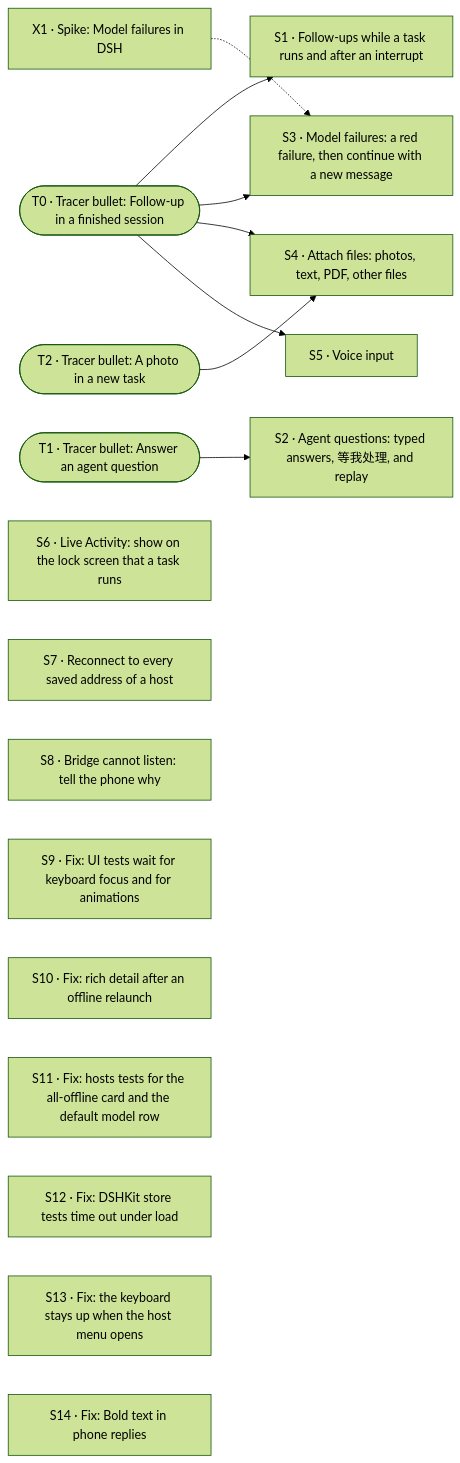
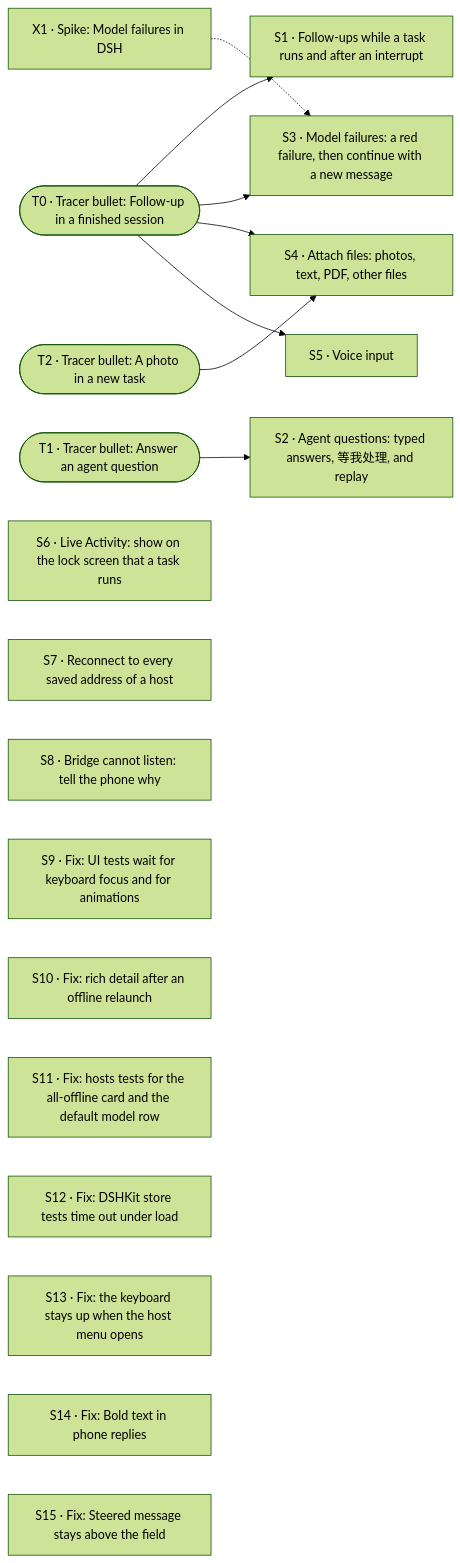
One commit to laichang/dsh-mobile changed the diagram in PLAN.md. Above: the diagram before and after it, drawn with Mermaid (forest theme). The commit also changed other lines of this file, not shown here.

Commit message:
PLAN: S15 fix slice (Steered message stays above the field)

````diff
--- a/PLAN.md
+++ b/PLAN.md
@@ -91,29 +92,30 @@
 ```mermaid
 flowchart LR
     T0(["T0 · Tracer bullet: Follow-up in a finished session"])
     T1(["T1 · Tracer bullet: Answer an agent question"])
     T2(["T2 · Tracer bullet: A photo in a new task"])
     X1["X1 · Spike: Model failures in DSH"]
     S1["S1 · Follow-ups while a task runs and after an interrupt"]
     S2["S2 · Agent questions: typed answers, 等我处理, and replay"]
     S3["S3 · Model failures: a red failure, then continue with a new message"]
     S4["S4 · Attach files: photos, text, PDF, other files"]
     S5["S5 · Voice input"]
     S6["S6 · Live Activity: show on the lock screen that a task runs"]
     S7["S7 · Reconnect to every saved address of a host"]
     S8["S8 · Bridge cannot listen: tell the phone why"]
     S9["S9 · Fix: UI tests wait for keyboard focus and for animations"]
     S10["S10 · Fix: rich detail after an offline relaunch"]
     S11["S11 · Fix: hosts tests for the all-offline card and the default model row"]
     S12["S12 · Fix: DSHKit store tests time out under load"]
     S13["S13 · Fix: the keyboard stays up when the host menu opens"]
     S14["S14 · Fix: Bold text in phone replies"]
+    S15["S15 · Fix: Steered message stays above the field"]
 
     T0 --> S1
     T1 --> S2
     T0 --> S3
     X1 -.-> S3
     T0 --> S4
     T2 --> S4
     T0 --> S5
 ```
````
